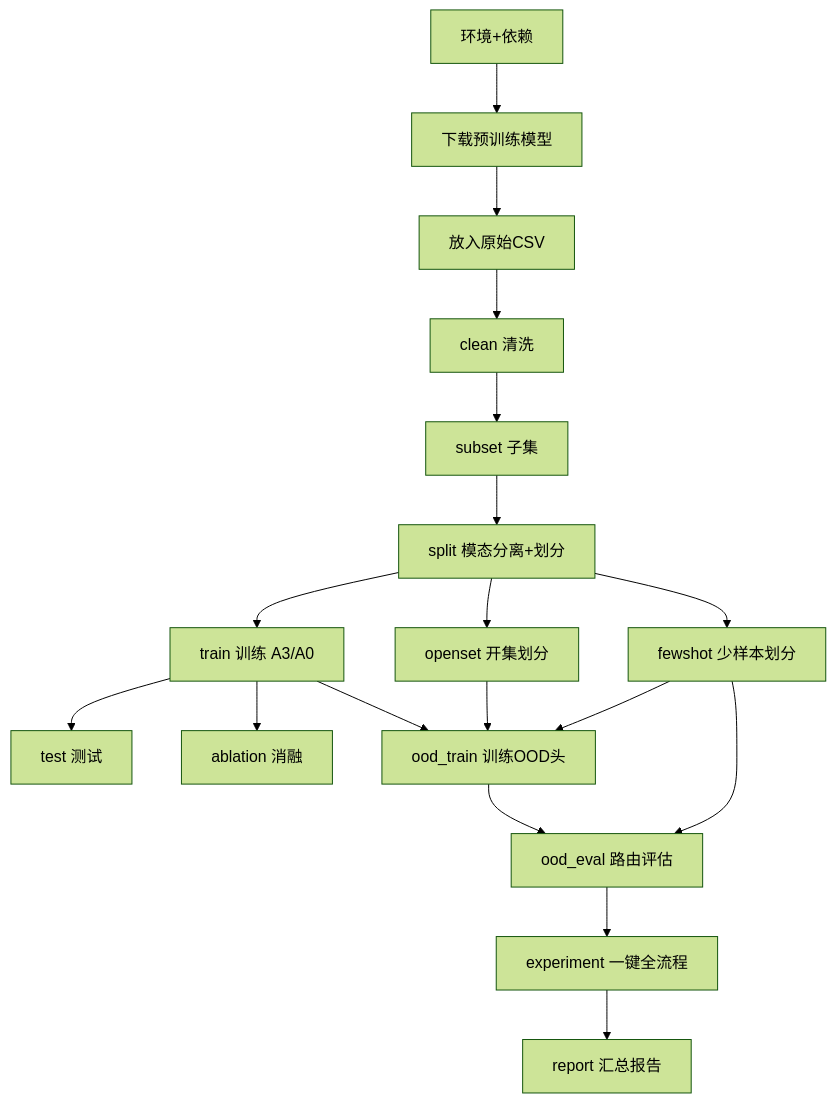
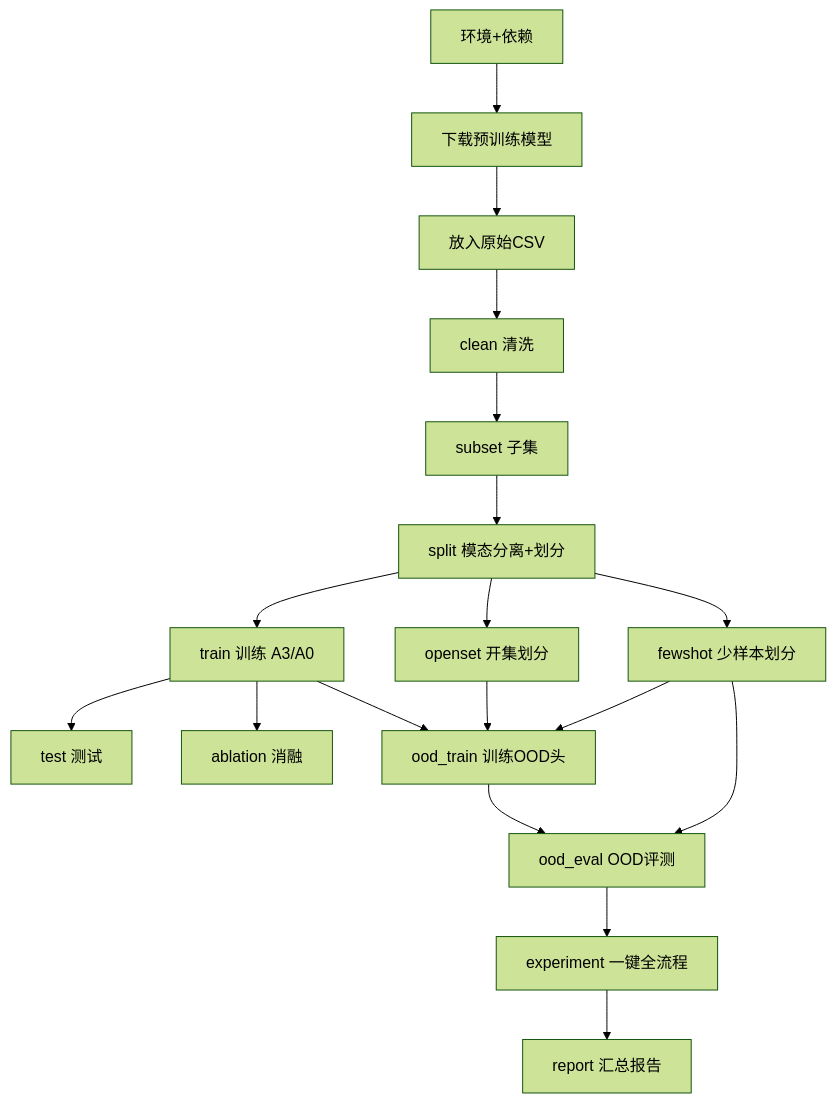
Before and after one commit to yichen-2025/Multimodal-Fusion-Model: the diagram in implementation_guide.md, drawn with Mermaid (forest theme). The commit also changed other lines of this file and 6 other files, not shown here.

````diff
--- a/implementation_guide.md
+++ b/implementation_guide.md
@@ -10,20 +10,20 @@
 ```mermaid
 flowchart TD
     A[环境+依赖] --> B[下载预训练模型]
     B --> C[放入原始CSV]
     C --> D[clean 清洗]
     D --> E[subset 子集]
     E --> F[split 模态分离+划分]
     F --> G[train 训练 A3/A0]
     G --> H[test 测试]
     G --> I[ablation 消融]
     F --> J[openset 开集划分]
     F --> K[fewshot 少样本划分]
     J --> L[ood_train 训练OOD头]
     K --> L
     G --> L
-    L --> M[ood_eval 路由评估]
+    L --> M[ood_eval OOD评测]
     K --> M
     M --> N[experiment 一键全流程]
     N --> O[report 汇总报告]
 ```
````
